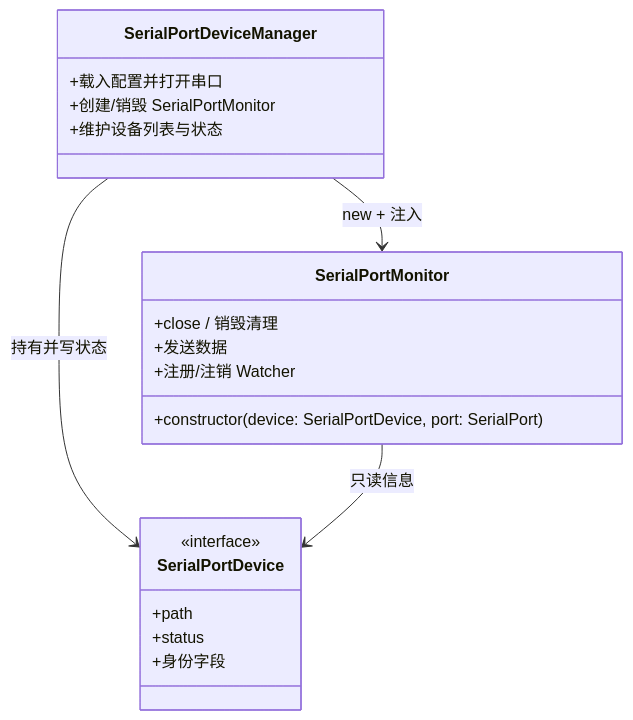
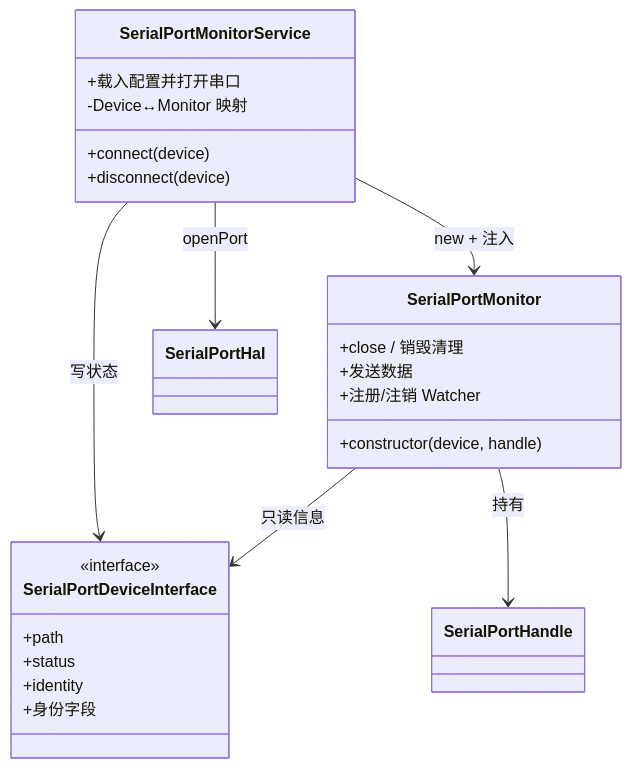
One commit to ziqiang-zhu/vscode-serial-port-terminal changed the third of 3 diagrams in doc/SerialPortMonitor设计.md. Above: the diagram before and after it, drawn with Mermaid. The commit also changed other lines of this file and 6 other files, not shown here.

````diff
--- a/doc/SerialPortMonitor设计.md
+++ b/doc/SerialPortMonitor设计.md
@@ -111,23 +124,27 @@
 ```mermaid
 classDiagram
-    class SerialPortDeviceManager {
+    class SerialPortMonitorService {
+        +connect(device)
+        +disconnect(device)
         +载入配置并打开串口
-        +创建/销毁 SerialPortMonitor
-        +维护设备列表与状态
-    }
-    class SerialPortDevice {
-        <<interface>>
-        +path
-        +status
-        +身份字段
+        -Device↔Monitor 映射
     }
     class SerialPortMonitor {
-        +constructor(device: SerialPortDevice, port: SerialPort)
+        +constructor(device, handle)
         +close / 销毁清理
         +发送数据
         +注册/注销 Watcher
     }
-    SerialPortDeviceManager --> SerialPortMonitor : new + 注入
-    SerialPortDeviceManager --> SerialPortDevice : 持有并写状态
-    SerialPortMonitor --> SerialPortDevice : 只读信息
+    class SerialPortDeviceInterface {
+        <<interface>>
+        +path
+        +status
+        +identity
+        +身份字段
+    }
+    SerialPortMonitorService --> SerialPortMonitor : new + 注入
+    SerialPortMonitorService --> SerialPortDeviceInterface : 写状态
+    SerialPortMonitor --> SerialPortDeviceInterface : 只读信息
+    SerialPortMonitorService --> SerialPortHal : openPort
+    SerialPortMonitor --> SerialPortHandle : 持有
 ```
````
